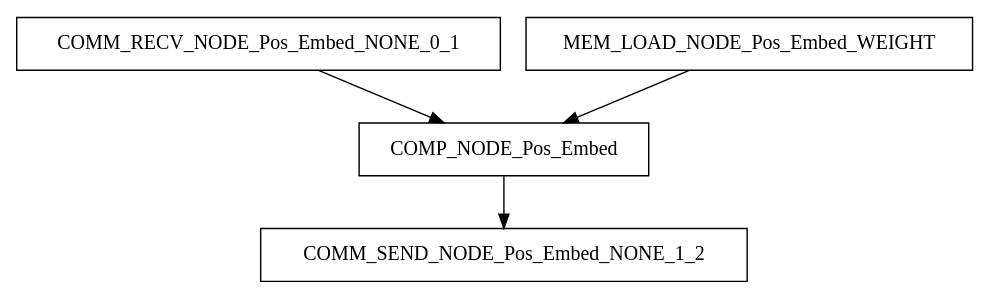
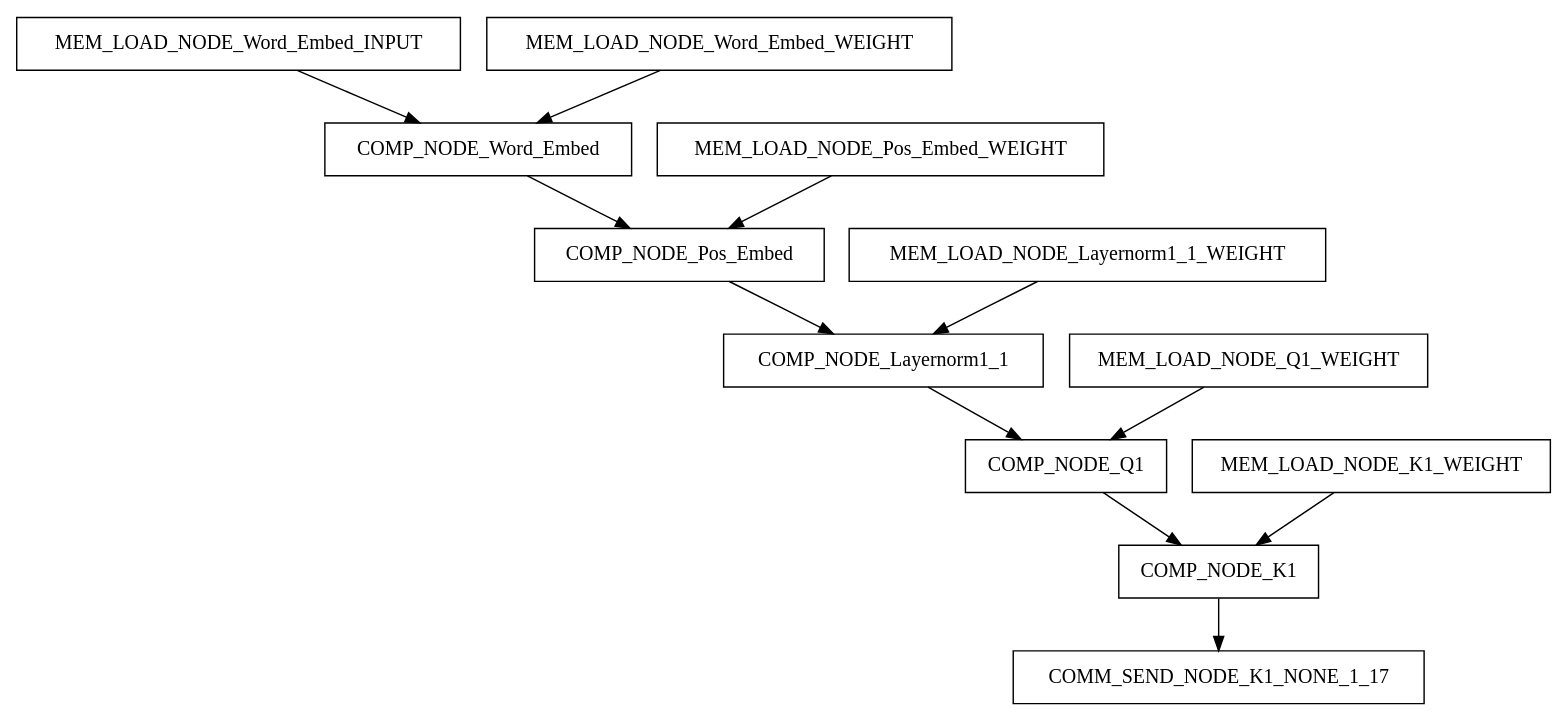
Before and after one commit to wamos/astra-sim: the diagram in outputs/custom_workload/llm.1.dot, drawn with Graphviz. The commit also changed 3 other files, not shown here.

```diff
--- a/outputs/custom_workload/llm.1.dot
+++ b/outputs/custom_workload/llm.1.dot
@@ -1,35 +1,99 @@
 digraph {
-	graph [bb="0,0,670,183"];
+	graph [bb="0,0,1075,475"];
 	node [label="\N"];
-	4	[height=0.51389,
-		id=4,
-		label=COMM_RECV_NODE_Pos_Embed_NONE_0_1,
-		pos="169.5,164.5",
-		rects="0,146.5,339,182.5",
+	12	[height=0.51389,
+		id=12,
+		label=MEM_LOAD_NODE_Word_Embed_INPUT,
+		pos="155.5,456.5",
+		rects="0,438.5,311,474.5",
 		shape=record,
-		width=4.7083];
-	6	[height=0.51389,
-		id=6,
+		width=4.3194];
+	14	[height=0.51389,
+		id=14,
+		label=COMP_NODE_Word_Embed,
+		pos="323.5,383.5",
+		rects="216,365.5,431,401.5",
+		shape=record,
+		width=2.9861];
+	12 -> 14	[pos="e,283.01,401.61 195.74,438.49 219.15,428.6 248.86,416.04 273.73,405.53"];
+	13	[height=0.51389,
+		id=13,
+		label=MEM_LOAD_NODE_Word_Embed_WEIGHT,
+		pos="492.5,456.5",
+		rects="329.5,438.5,655.5,474.5",
+		shape=record,
+		width=4.5278];
+	13 -> 14	[pos="e,364.24,401.61 452.02,438.49 428.47,428.6 398.59,416.04 373.56,405.53"];
+	16	[height=0.51389,
+		id=16,
 		label=COMP_NODE_Pos_Embed,
-		pos="341.5,91.5",
-		rects="240,73.5,443,109.5",
+		pos="464.5,310.5",
+		rects="363,292.5,566,328.5",
 		shape=record,
 		width=2.8194];
-	4 -> 6	[pos="e,300.04,109.61 210.7,146.49 234.67,136.6 265.08,124.04 290.55,113.53"];
-	5	[height=0.51389,
-		id=5,
+	14 -> 16	[pos="e,430.51,328.61 357.27,365.49 376.49,355.82 400.76,343.6 421.35,333.23"];
+	15	[height=0.51389,
+		id=15,
 		label=MEM_LOAD_NODE_Pos_Embed_WEIGHT,
-		pos="513.5,164.5",
-		rects="357,146.5,670,182.5",
+		pos="605.5,383.5",
+		rects="449,365.5,762,401.5",
 		shape=record,
 		width=4.3472];
-	5 -> 6	[pos="e,382.96,109.61 472.3,146.49 448.33,136.6 417.92,124.04 392.45,113.53"];
-	7	[height=0.51389,
-		id=7,
-		label=COMM_SEND_NODE_Pos_Embed_NONE_1_2,
-		pos="341.5,18.5",
-		rects="171,0.5,512,36.5",
+	15 -> 16	[pos="e,498.49,328.61 571.73,365.49 552.51,355.82 528.24,343.6 507.65,333.23"];
+	18	[height=0.51389,
+		id=18,
+		label=COMP_NODE_Layernorm1_1,
+		pos="607.5,237.5",
+		rects="495.5,219.5,719.5,255.5",
 		shape=record,
-		width=4.7361];
-	6 -> 7	[pos="e,341.5,36.529 341.5,73.313 341.5,65.289 341.5,55.547 341.5,46.569"];
+		width=3.1111];
+	16 -> 18	[pos="e,573.03,255.61 498.75,292.49 518.33,282.77 543.08,270.49 564.02,260.09"];
+	17	[height=0.51389,
+		id=17,
+		label=MEM_LOAD_NODE_Layernorm1_1_WEIGHT,
+		pos="750.5,310.5",
+		rects="583.5,292.5,917.5,328.5",
+		shape=record,
+		width=4.6389];
+	17 -> 18	[pos="e,641.97,255.61 716.25,292.49 696.67,282.77 671.92,270.49 650.98,260.09"];
+	20	[height=0.51389,
+		id=20,
+		label=COMP_NODE_Q1,
+		pos="735.5,164.5",
+		rects="665,146.5,806,182.5",
+		shape=record,
+		width=1.9583];
+	18 -> 20	[pos="e,704.65,182.61 638.16,219.49 655.45,209.9 677.24,197.82 695.82,187.51"];
+	19	[height=0.51389,
+		id=19,
+		label=MEM_LOAD_NODE_Q1_WEIGHT,
+		pos="863.5,237.5",
+		rects="738,219.5,989,255.5",
+		shape=record,
+		width=3.4861];
+	19 -> 20	[pos="e,766.35,182.61 832.84,219.49 815.55,209.9 793.76,197.82 775.18,187.51"];
+	22	[height=0.51389,
+		id=22,
+		label=COMP_NODE_K1,
+		pos="842.5,91.5",
+		rects="772.5,73.5,912.5,109.5",
+		shape=record,
+		width=1.9444];
+	20 -> 22	[pos="e,816.71,109.61 761.13,146.49 775.19,137.17 792.81,125.47 808.05,115.36"];
+	21	[height=0.51389,
+		id=21,
+		label=MEM_LOAD_NODE_K1_WEIGHT,
+		pos="949.5,164.5",
+		rects="824,146.5,1075,182.5",
+		shape=record,
+		width=3.4861];
+	21 -> 22	[pos="e,868.29,109.61 923.87,146.49 909.81,137.17 892.19,125.47 876.95,115.36"];
+	23	[height=0.51389,
+		id=23,
+		label=COMM_SEND_NODE_K1_NONE_1_17,
+		pos="842.5,18.5",
+		rects="698.5,0.5,986.5,36.5",
+		shape=record,
+		width=4];
+	22 -> 23	[pos="e,842.5,36.529 842.5,73.313 842.5,65.289 842.5,55.547 842.5,46.569"];
 }
```
